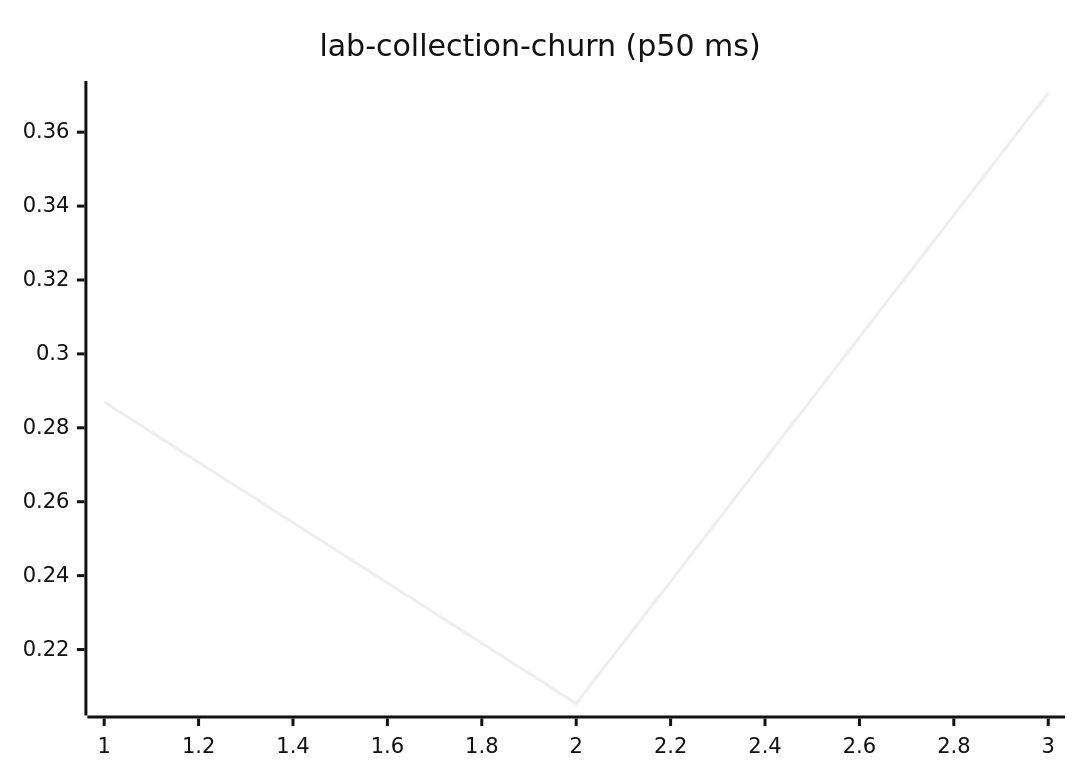
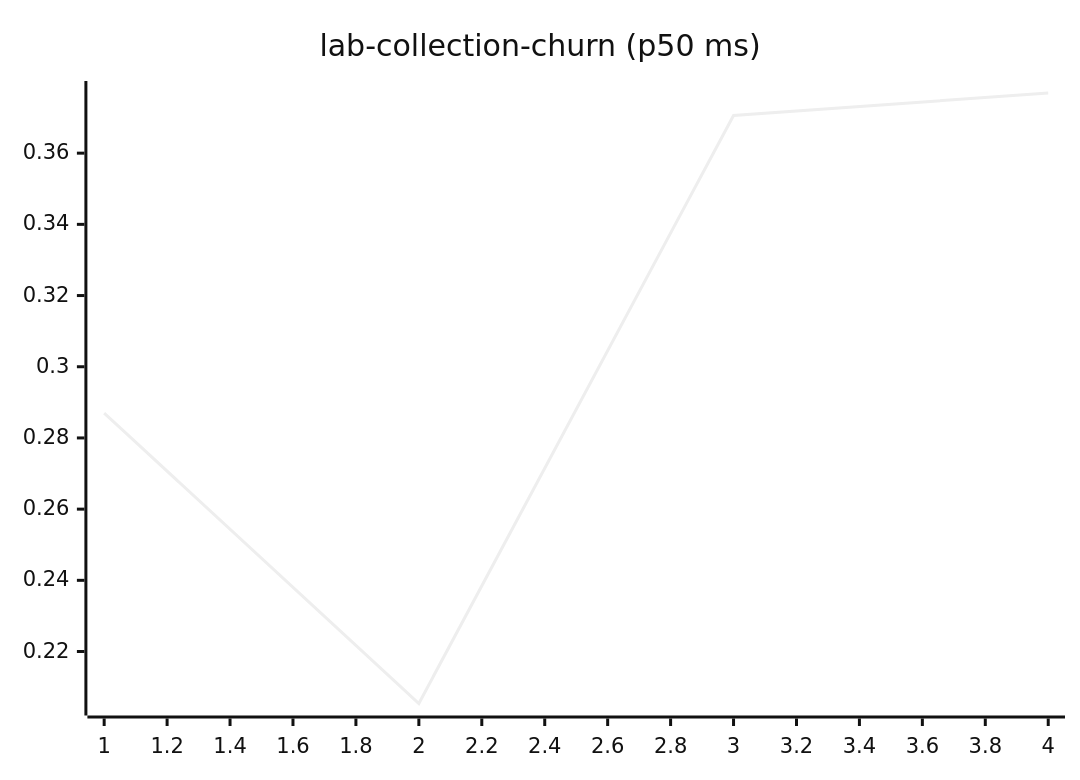
One commit to josha/Facet changed diagram 11 of 27 in README.md. Above: the diagram before and after it, drawn with Mermaid (neutral theme). The commit also changed other lines of this file and 2 other files, not shown here.

````diff
--- a/README.md
+++ b/README.md
@@ -133,6 +133,6 @@
 ```mermaid
 xychart-beta
     title "lab-collection-churn (p50 ms)"
-    x-axis 1 --> 3
-    line [0.2870, 0.2054, 0.3706]
+    x-axis 1 --> 4
+    line [0.2870, 0.2054, 0.3706, 0.3769]
 ```
````
